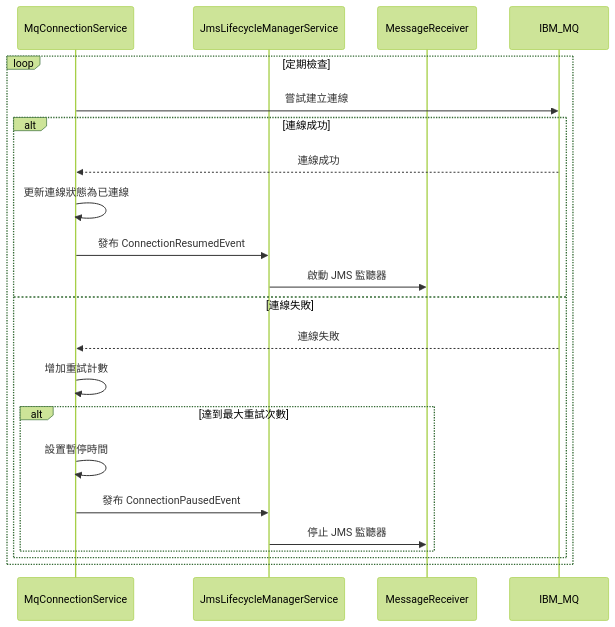
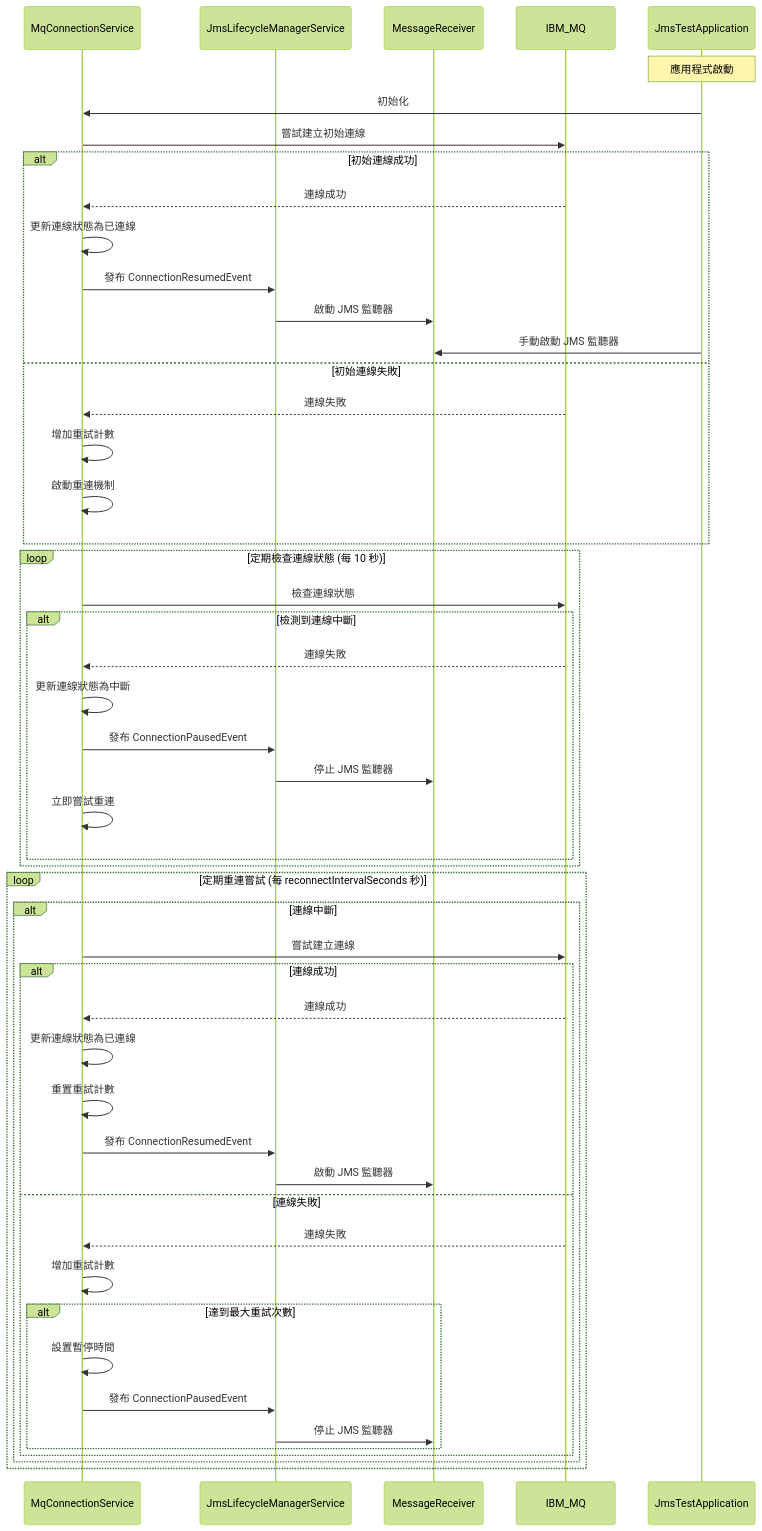
One commit to vancetang/jms-test changed the third of 4 diagrams in spec.md. Above: the diagram before and after it, drawn with Mermaid (forest theme). The commit also changed other lines of this file and 9 other files, not shown here.

````diff
--- a/spec.md
+++ b/spec.md
@@ -174,27 +176,59 @@
 ```mermaid
 sequenceDiagram
     participant MqConnectionService
     participant JmsLifecycleManagerService
     participant MessageReceiver
     participant IBM_MQ
+    participant JmsTestApplication
 
-    loop 定期檢查
-        MqConnectionService->>IBM_MQ: 嘗試建立連線
-        
-        alt 連線成功
-            IBM_MQ-->>MqConnectionService: 連線成功
-            MqConnectionService->>MqConnectionService: 更新連線狀態為已連線
-            MqConnectionService->>JmsLifecycleManagerService: 發布 ConnectionResumedEvent
-            JmsLifecycleManagerService->>MessageReceiver: 啟動 JMS 監聽器
-        else 連線失敗
+    note over JmsTestApplication: 應用程式啟動
+    JmsTestApplication->>MqConnectionService: 初始化
+    MqConnectionService->>IBM_MQ: 嘗試建立初始連線
+
+    alt 初始連線成功
+        IBM_MQ-->>MqConnectionService: 連線成功
+        MqConnectionService->>MqConnectionService: 更新連線狀態為已連線
+        MqConnectionService->>JmsLifecycleManagerService: 發布 ConnectionResumedEvent
+        JmsLifecycleManagerService->>MessageReceiver: 啟動 JMS 監聽器
+        JmsTestApplication->>MessageReceiver: 手動啟動 JMS 監聽器
+    else 初始連線失敗
+        IBM_MQ-->>MqConnectionService: 連線失敗
+        MqConnectionService->>MqConnectionService: 增加重試計數
+        MqConnectionService->>MqConnectionService: 啟動重連機制
+    end
+
+    loop 定期檢查連線狀態 (每 10 秒)
+        MqConnectionService->>IBM_MQ: 檢查連線狀態
+
+        alt 檢測到連線中斷
             IBM_MQ-->>MqConnectionService: 連線失敗
-            MqConnectionService->>MqConnectionService: 增加重試計數
-            
-            alt 達到最大重試次數
-                MqConnectionService->>MqConnectionService: 設置暫停時間
-                MqConnectionService->>JmsLifecycleManagerService: 發布 ConnectionPausedEvent
-                JmsLifecycleManagerService->>MessageReceiver: 停止 JMS 監聽器
+            MqConnectionService->>MqConnectionService: 更新連線狀態為中斷
+            MqConnectionService->>JmsLifecycleManagerService: 發布 ConnectionPausedEvent
+            JmsLifecycleManagerService->>MessageReceiver: 停止 JMS 監聽器
+            MqConnectionService->>MqConnectionService: 立即嘗試重連
+        end
+    end
+
+    loop 定期重連嘗試 (每 reconnectIntervalSeconds 秒)
+        alt 連線中斷
+            MqConnectionService->>IBM_MQ: 嘗試建立連線
+
+            alt 連線成功
+                IBM_MQ-->>MqConnectionService: 連線成功
+                MqConnectionService->>MqConnectionService: 更新連線狀態為已連線
+                MqConnectionService->>MqConnectionService: 重置重試計數
+                MqConnectionService->>JmsLifecycleManagerService: 發布 ConnectionResumedEvent
+                JmsLifecycleManagerService->>MessageReceiver: 啟動 JMS 監聽器
+            else 連線失敗
+                IBM_MQ-->>MqConnectionService: 連線失敗
+                MqConnectionService->>MqConnectionService: 增加重試計數
+
+                alt 達到最大重試次數
+                    MqConnectionService->>MqConnectionService: 設置暫停時間
+                    MqConnectionService->>JmsLifecycleManagerService: 發布 ConnectionPausedEvent
+                    JmsLifecycleManagerService->>MessageReceiver: 停止 JMS 監聽器
+                end
             end
         end
     end
 ```
````
